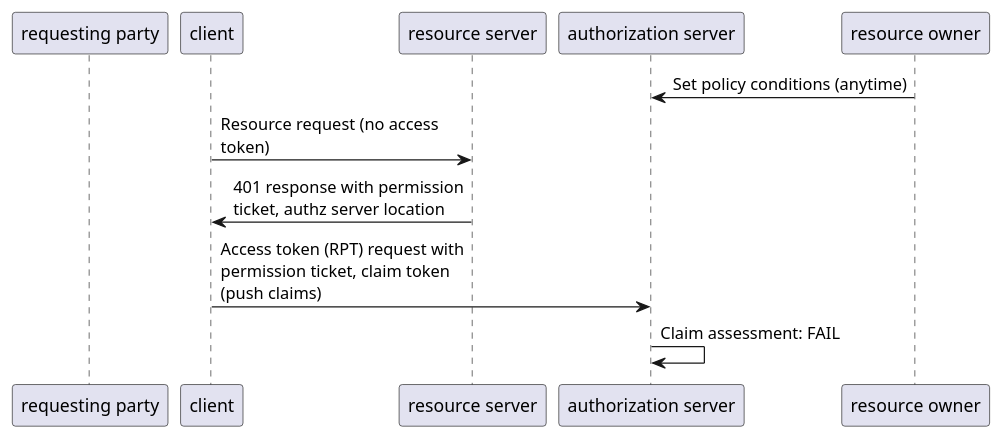
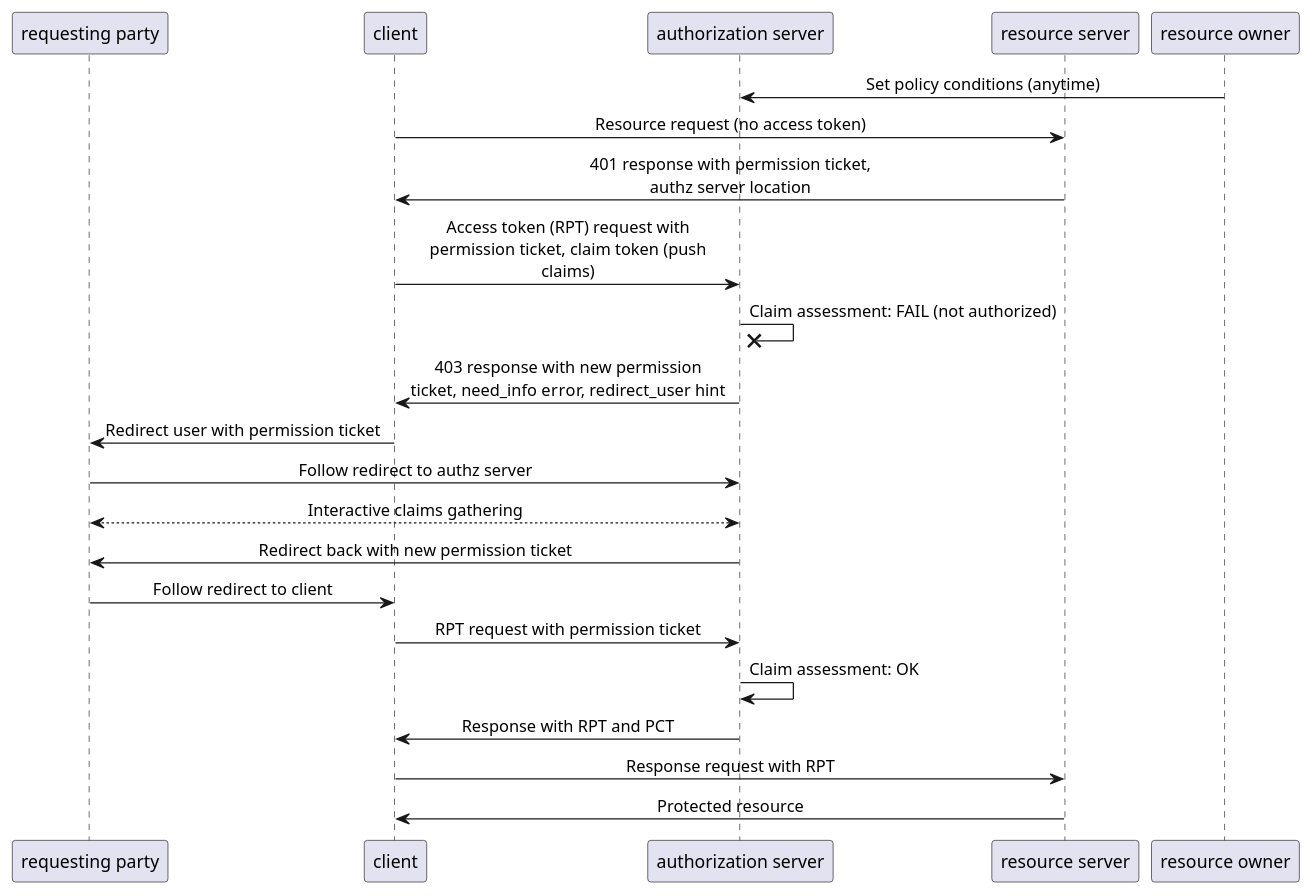
The diagram in auth.org (pashazz/auth), drawn with PlantUML before and after one commit. The commit also changed other lines of this file and 2 other files, not shown here.

```diff
--- a/auth.org
+++ b/auth.org
@@ -74,16 +105,27 @@
 #+BEGIN_SRC plantuml :file img/uma.png
 participant rp as "requesting party"
 participant client
+participant authz as "authorization server"
 participant  rs as "resource server"
-participant authz as "authorization server"
 participant ro as "resource owner"
 
-skinparam maxMessageSize 200
+skinparam maxMessageSize 250
+skinparam sequenceMessageAlign center
 
 ro -> authz: Set policy conditions (anytime)
 client -> rs: Resource request (no access token)
 rs -> client: 401 response with permission ticket, authz server location
 client -> authz: Access token (RPT) request with permission ticket, claim token (push claims)
-authz -> authz: Claim assessment: FAIL
-
+authz ->x authz: Claim assessment: FAIL (not authorized)
+authz -> client: 403 response with new permission ticket, need_info error, redirect_user hint
+client -> rp: Redirect user with permission ticket
+rp -> authz: Follow redirect to authz server
+rp <--> authz: Interactive claims gathering
+authz -> rp: Redirect back with new permission ticket
+rp -> client: Follow redirect to client
+client -> authz: RPT request with permission ticket
+authz -> authz: Claim assessment: OK
+authz -> client: Response with RPT and PCT
+client -> rs: Response request with RPT
+rs -> client: Protected resource
 #+END_SRC
```
